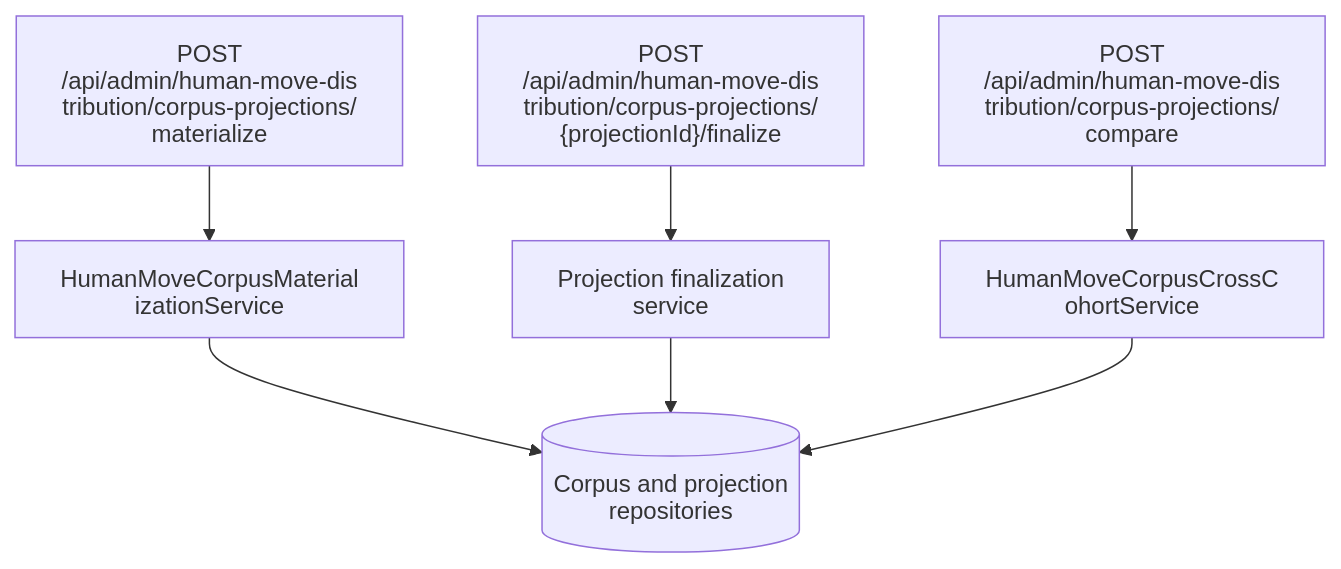
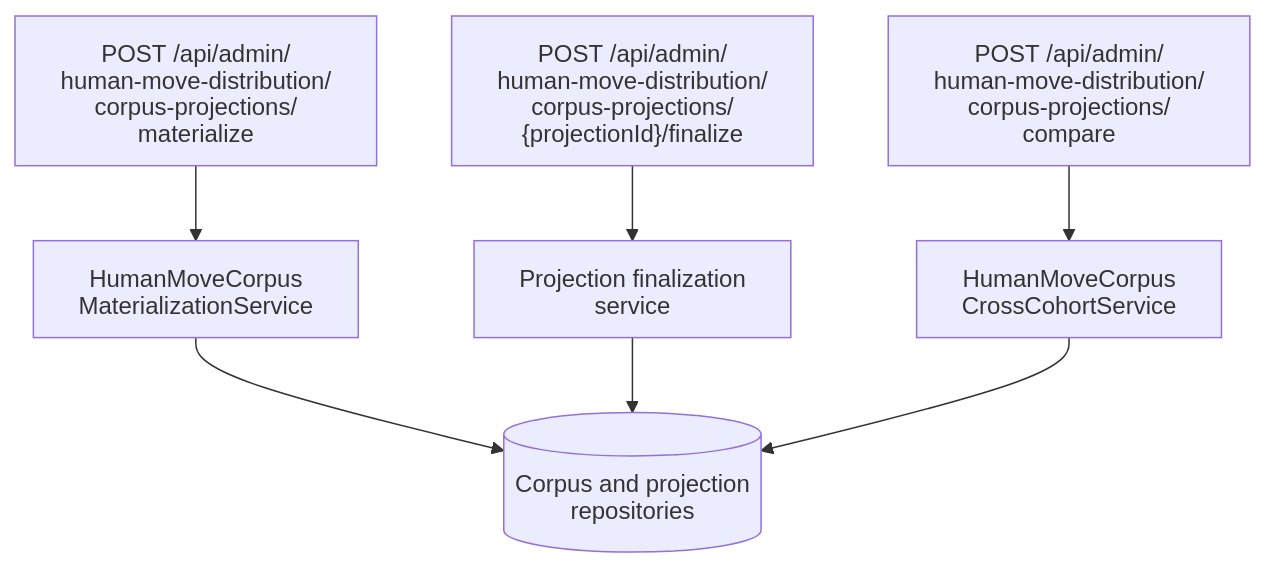
The tenth of 11 diagrams in docs/architecture/backend-architecture.md (NathanZK/ChessEcho), drawn with Mermaid before and after one commit. The commit also changed other lines of this file and 13 other files, not shown here.

Commit message:
docs(architecture): reconcile ChessProbe documentation architecture, system topology, API contract, and testing specifications (#785)

````diff
--- a/docs/architecture/backend-architecture.md
+++ b/docs/architecture/backend-architecture.md
@@ -289,10 +388,10 @@
 ```mermaid
 %%{init: {"htmlLabels": false, "flowchart": {"htmlLabels": false}}}%%
 flowchart TB
-    Materialize[POST /api/admin/human-move-distribution/corpus-projections/materialize] --> Materializer[HumanMoveCorpusMaterializationService]
-    Finalize["POST /api/admin/human-move-distribution/corpus-projections/{projectionId}/finalize"] --> ProjectionFinalizer[Projection finalization service]
-    Compare[POST /api/admin/human-move-distribution/corpus-projections/compare] --> Comparator[HumanMoveCorpusCrossCohortService]
-    Materializer --> ProjectionData[(Corpus and projection repositories)]
+    Materialize["POST /api/admin/<br/>human-move-distribution/<br/>corpus-projections/<br/>materialize"] --> Materializer["HumanMoveCorpus<br/>MaterializationService"]
+    Finalize["POST /api/admin/<br/>human-move-distribution/<br/>corpus-projections/<br/>{projectionId}/finalize"] --> ProjectionFinalizer["Projection finalization<br/>service"]
+    Compare["POST /api/admin/<br/>human-move-distribution/<br/>corpus-projections/<br/>compare"] --> Comparator["HumanMoveCorpus<br/>CrossCohortService"]
+    Materializer --> ProjectionData[("Corpus and projection<br/>repositories")]
     ProjectionFinalizer --> ProjectionData
     Comparator --> ProjectionData
 ```
````
